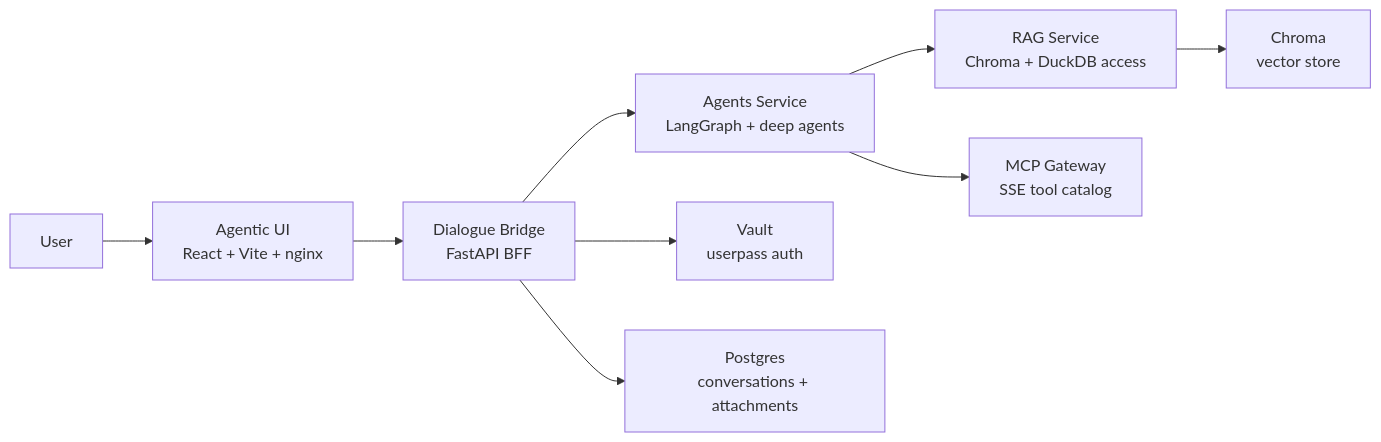
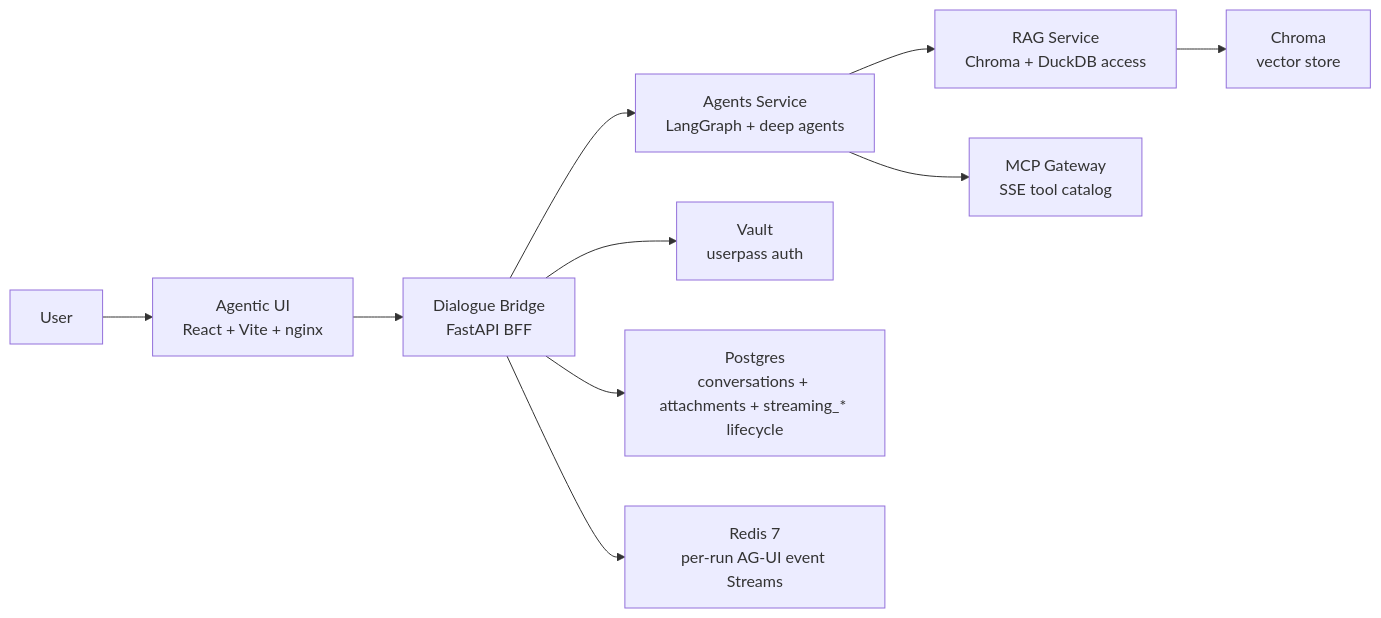
The second of 9 diagrams in README.md (konstantinosmpouros/mAgenticX), drawn with Mermaid before and after one commit. The commit also changed other lines of this file and 26 other files, not shown here.

Commit message:
Migrate inference streaming to WebSocket + Redis

````diff
--- a/README.md
+++ b/README.md
@@ -85,21 +86,23 @@
 ```mermaid
 flowchart LR
     User["User"]
     UI["Agentic UI\nReact + Vite + nginx"]
     Bridge["Dialogue Bridge\nFastAPI BFF"]
     Agents["Agents Service\nLangGraph + deep agents"]
     RAG["RAG Service\nChroma + DuckDB access"]
     MCP["MCP Gateway\nSSE tool catalog"]
     Vault["Vault\nuserpass auth"]
-    PG["Postgres\nconversations + attachments"]
+    PG["Postgres\nconversations + attachments + streaming_* lifecycle"]
+    Redis["Redis 7\nper-run AG-UI event Streams"]
     Chroma["Chroma\nvector store"]
 
     User --> UI
     UI --> Bridge
     Bridge --> Vault
     Bridge --> PG
+    Bridge --> Redis
     Bridge --> Agents
     Agents --> RAG
     Agents --> MCP
     RAG --> Chroma
 ```
````
